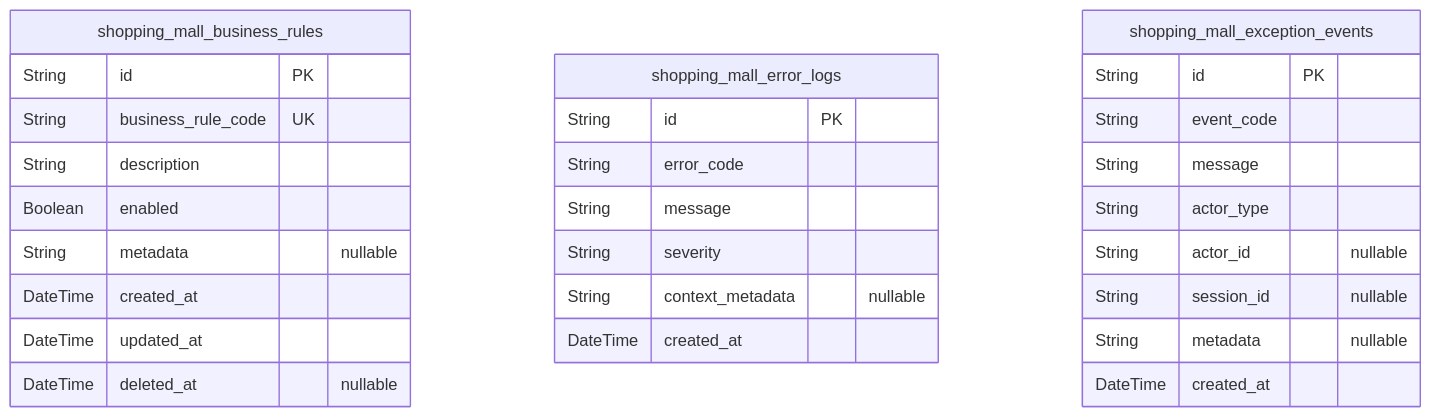
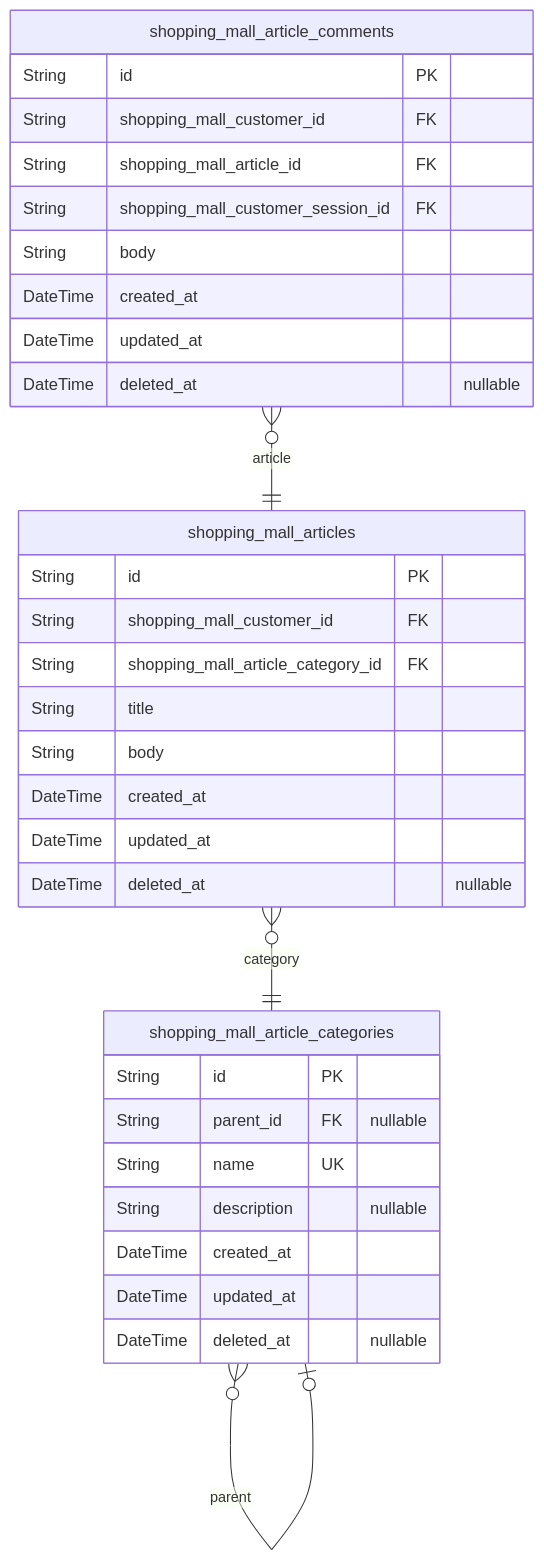
The tenth of 10 diagrams in openai/gpt-4.1-mini/shopping/docs/ERD.md (wrtnlabs/autobe-examples), drawn with Mermaid before and after one commit. The commit also changed other lines of this file and 22498 other files, not shown here.

````diff
--- a/openai/gpt-4.1-mini/shopping/docs/ERD.md
+++ b/openai/gpt-4.1-mini/shopping/docs/ERD.md
@@ -1035,31 +1408,35 @@
 ```mermaid
 erDiagram
-"shopping_mall_business_rules" {
+"shopping_mall_articles" {
   String id PK
-  String business_rule_code UK
-  String description
-  Boolean enabled
-  String metadata "nullable"
+  String shopping_mall_customer_id FK
+  String shopping_mall_article_category_id FK
+  String title
+  String body
   DateTime created_at
   DateTime updated_at
   DateTime deleted_at "nullable"
 }
-"shopping_mall_error_logs" {
+"shopping_mall_article_categories" {
   String id PK
-  String error_code
-  String message
-  String severity
-  String context_metadata "nullable"
+  String parent_id FK "nullable"
+  String name UK
+  String description "nullable"
   DateTime created_at
+  DateTime updated_at
+  DateTime deleted_at "nullable"
 }
-"shopping_mall_exception_events" {
+"shopping_mall_article_comments" {
   String id PK
-  String event_code
-  String message
-  String actor_type
-  String actor_id "nullable"
-  String session_id "nullable"
-  String metadata "nullable"
+  String shopping_mall_customer_id FK
+  String shopping_mall_article_id FK
+  String shopping_mall_customer_session_id FK
+  String body
   DateTime created_at
+  DateTime updated_at
+  DateTime deleted_at "nullable"
 }
+"shopping_mall_articles" }o--|| "shopping_mall_article_categories" : category
+"shopping_mall_article_categories" }o--o| "shopping_mall_article_categories" : parent
+"shopping_mall_article_comments" }o--|| "shopping_mall_articles" : article
 ```
````
